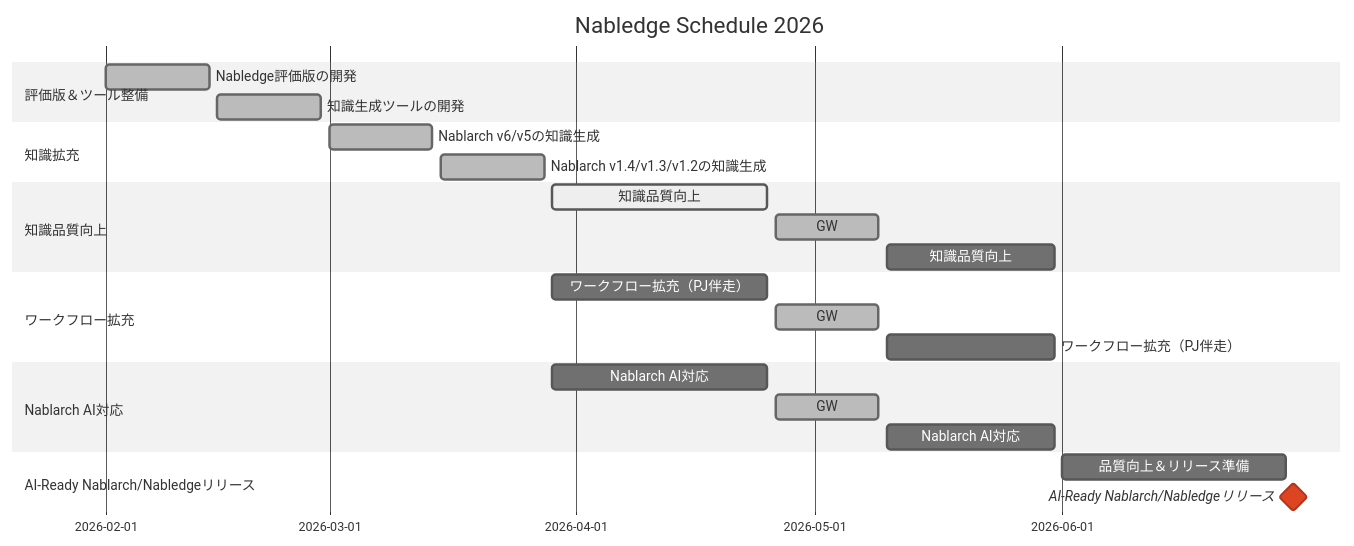
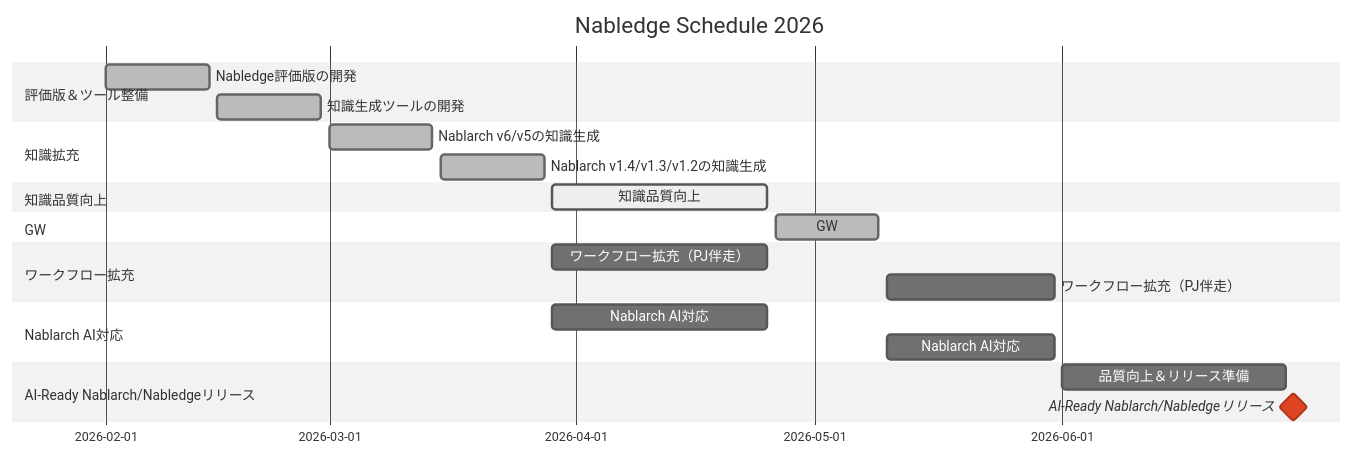
Before and after one commit to nablarch/nabledge-dev: the diagram in docs/development-status.md, drawn with Mermaid (neutral theme).

Commit message:
docs: consolidate GW to single entry and fix ordering

````diff
--- a/docs/development-status.md
+++ b/docs/development-status.md
@@ -19,35 +19,34 @@
 ```mermaid
 gantt
     title Nabledge Schedule 2026
     dateFormat YYYY-MM-DD
 
     section 評価版＆ツール整備
     Nabledge評価版の開発             :done, 2026-02-01, 2026-02-14
     知識生成ツールの開発             :done, 2026-02-15, 2026-02-28
 
     section 知識拡充
     Nablarch v6/v5の知識生成        :done, 2026-03-01, 2026-03-14
     Nablarch v1.4/v1.3/v1.2の知識生成 :done, 2026-03-15, 2026-03-28
 
     section 知識品質向上
     知識品質向上                   :active, 2026-03-29, 2026-04-25
+
+    section GW
     GW                             :done, 2026-04-26, 2026-05-09
-    知識品質向上                   :2026-05-10, 2026-05-31
 
     section ワークフロー拡充
     ワークフロー拡充（PJ伴走）        :2026-03-29, 2026-04-25
-    GW                             :done, 2026-04-26, 2026-05-09
     ワークフロー拡充（PJ伴走）        :2026-05-10, 2026-05-31
 
     section Nablarch AI対応
     Nablarch AI対応                :2026-03-29, 2026-04-25
-    GW                             :done, 2026-04-26, 2026-05-09
     Nablarch AI対応                :2026-05-10, 2026-05-31
 
     section AI-Ready Nablarch/Nabledgeリリース
     品質向上＆リリース準備                        :2026-06-01, 2026-06-29
     AI-Ready Nablarch/Nabledgeリリース          :crit, milestone, 2026-06-30, 0d
 
     section
     　                                          :done, 2026-07-01, 2026-07-14
 ```
````
